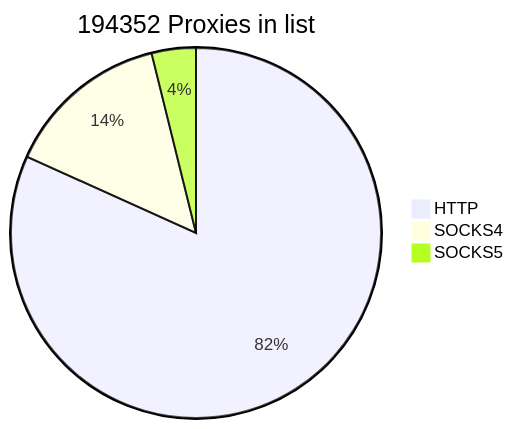
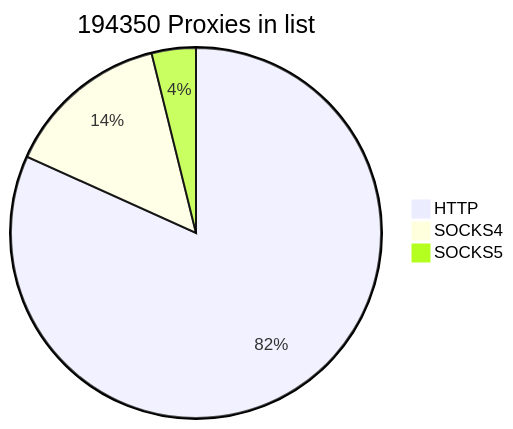
One commit to cutipu/proxylist changed the first of 2 diagrams in README.md. Above: the diagram before and after it, drawn with Mermaid. The commit also changed other lines of this file, not shown here.

````diff
--- a/README.md
+++ b/README.md
@@ -2,7 +2,7 @@
 ```mermaid
-pie title 194352 Proxies in list
+pie title 194350 Proxies in list
     "HTTP" : 158878
-    "SOCKS4" : 27977
-    "SOCKS5" : 7497
+    "SOCKS4" : 27976
+    "SOCKS5" : 7496
             
 ```
````
